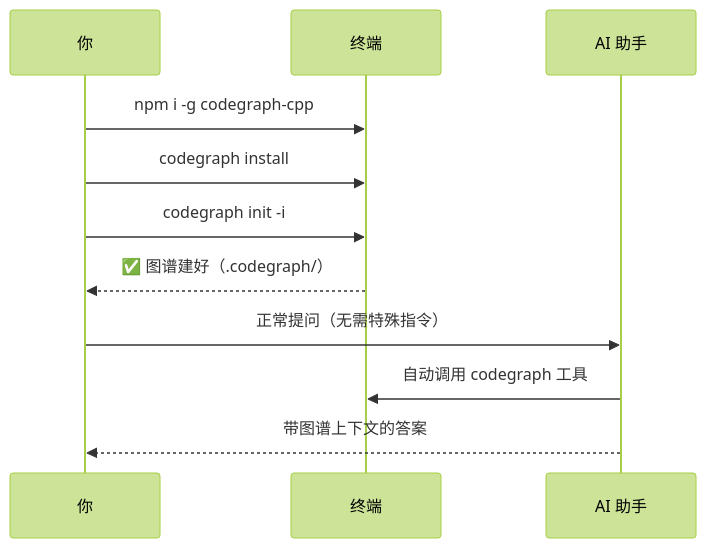
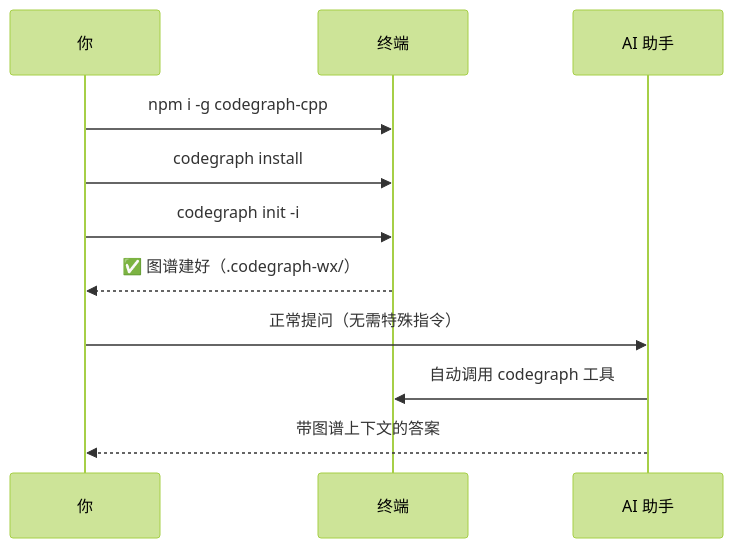
One commit to chenmr0/codeg changed the fifth of 7 diagrams in README.md. Above: the diagram before and after it, drawn with Mermaid (forest theme). The commit also changed other lines of this file and 81 other files, not shown here.

````diff
--- a/README.md
+++ b/README.md
@@ -173,13 +175,13 @@
 ```mermaid
 sequenceDiagram
     participant U as 你
     participant T as 终端
     participant AI as AI 助手
     U->>T: npm i -g codegraph-cpp
     U->>T: codegraph install
     U->>T: codegraph init -i
-    T-->>U: ✅ 图谱建好（.codegraph/）
+    T-->>U: ✅ 图谱建好（.codegraph-wx/）
     U->>AI: 正常提问（无需特殊指令）
     AI->>T: 自动调用 codegraph 工具
     AI-->>U: 带图谱上下文的答案
 ```
````
